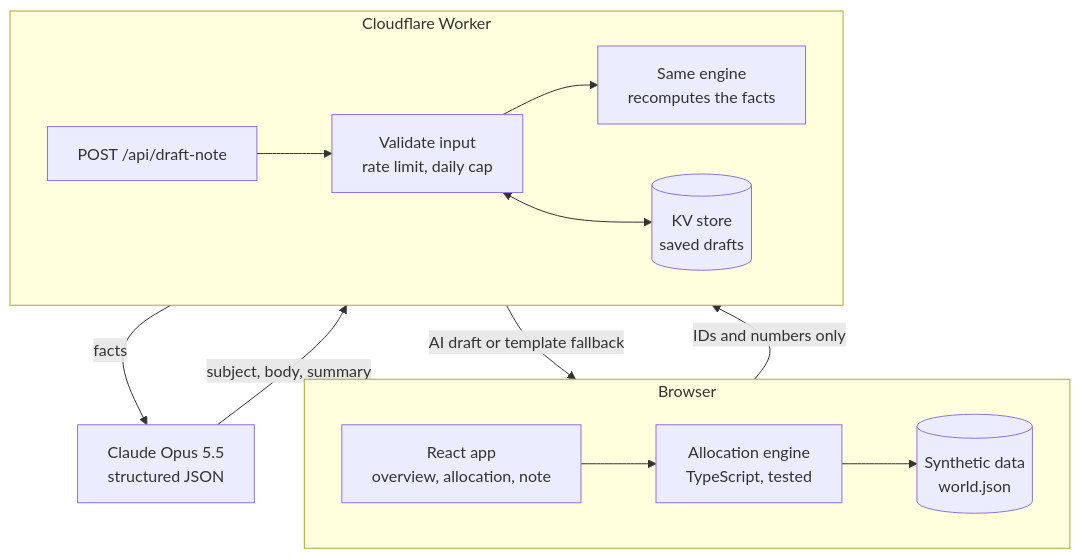
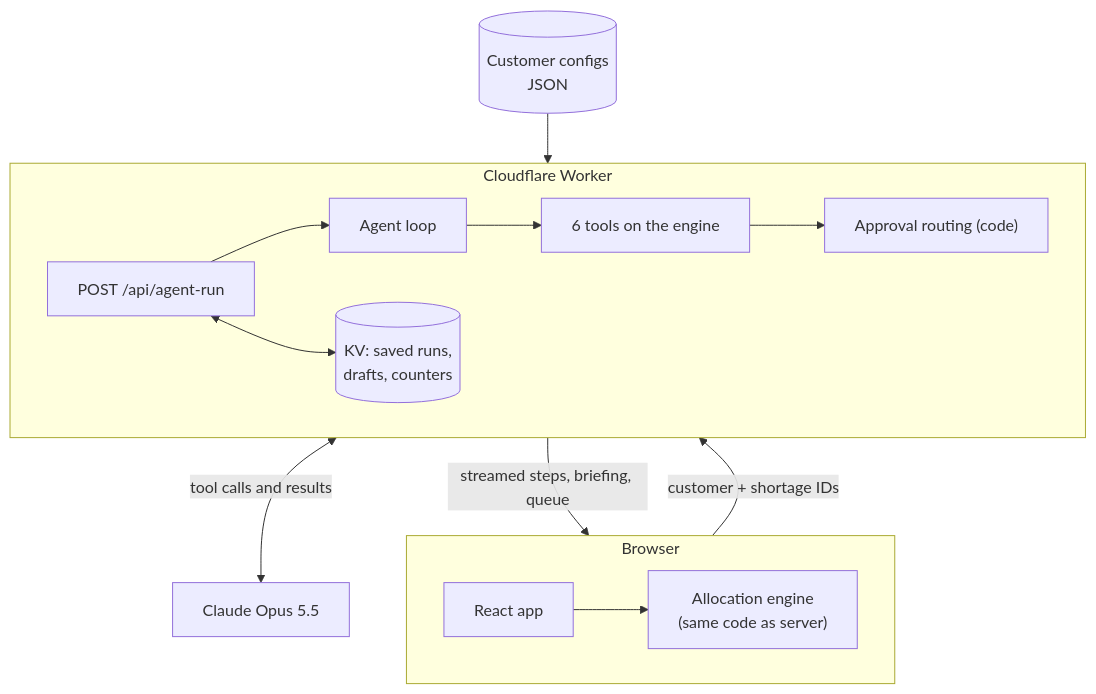
The diagram in README.md (reedholmes/shortage-copilot), drawn with Mermaid before and after one commit. The commit also changed other lines of this file and 41 other files, not shown here.

````diff
--- a/README.md
+++ b/README.md
@@ -69,25 +80,26 @@
 ```mermaid
 flowchart TB
   subgraph Browser["Browser"]
     direction LR
-    UI["React app<br/>overview, allocation, note"]
-    ENG["Allocation engine<br/>TypeScript, tested"]
-    DATA[("Synthetic data<br/>world.json")]
+    UI["React app"]
+    ENG["Allocation engine<br/>(same code as server)"]
     UI --> ENG
-    ENG --> DATA
   end
   subgraph CF["Cloudflare Worker"]
     direction LR
-    API["POST /api/draft-note"]
-    GUARD["Validate input<br/>rate limit, daily cap"]
-    FACTS["Same engine<br/>recomputes the facts"]
-    KV[("KV store<br/>saved drafts")]
+    API["POST /api/agent-run"]
+    AGENT["Agent loop"]
+    TOOLS["6 tools on the engine"]
+    ROUTE["Approval routing (code)"]
+    KV[("KV: saved runs,<br/>drafts, counters")]
   end
-  CLAUDE["Claude Opus 5.5<br/>structured JSON"]
-  UI -- "IDs and numbers only" --> API
-  API --> GUARD --> FACTS
-  GUARD <--> KV
-  FACTS -- "facts" --> CLAUDE
-  CLAUDE -- "subject, body, summary" --> API
-  API -- "AI draft or template fallback" --> UI
+  CFG[("Customer configs<br/>JSON")]
+  CLAUDE["Claude Opus 5.5"]
+  UI -- "customer + shortage IDs" --> API
+  API --> AGENT
+  AGENT <-- "tool calls and results" --> CLAUDE
+  AGENT --> TOOLS --> ROUTE
+  CFG --> TOOLS
+  API <--> KV
+  API -- "streamed steps, briefing, queue" --> UI
 ```
````
